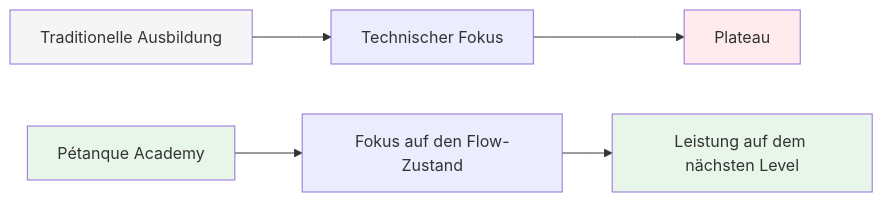
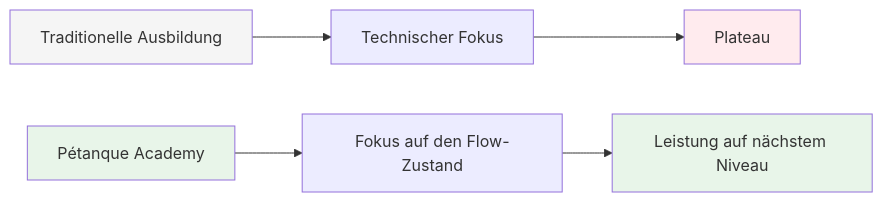
One commit to patwii/petanque-academy changed the first of 2 diagrams in docs/de/ambition.md. Above: the diagram before and after it, drawn with Mermaid. The commit also changed 32 other files, not shown here.

````diff
--- a/docs/de/ambition.md
+++ b/docs/de/ambition.md
@@ -13,13 +13,13 @@
 ```mermaid
 graph LR
     A[Traditionelle Ausbildung] --> B[Technischer Fokus]
     B --> C[Plateau]
 
     D[Pétanque Academy] --> E[Fokus auf den Flow-Zustand]
-    E --> F[Leistung auf dem nächsten Level]
+    E --> F[Leistung auf nächstem Niveau]
 
     style A fill:#f5f5f5
     style C fill:#ffebee
     style D fill:#e8f5e9
     style F fill:#e8f5e9
 ```
````
